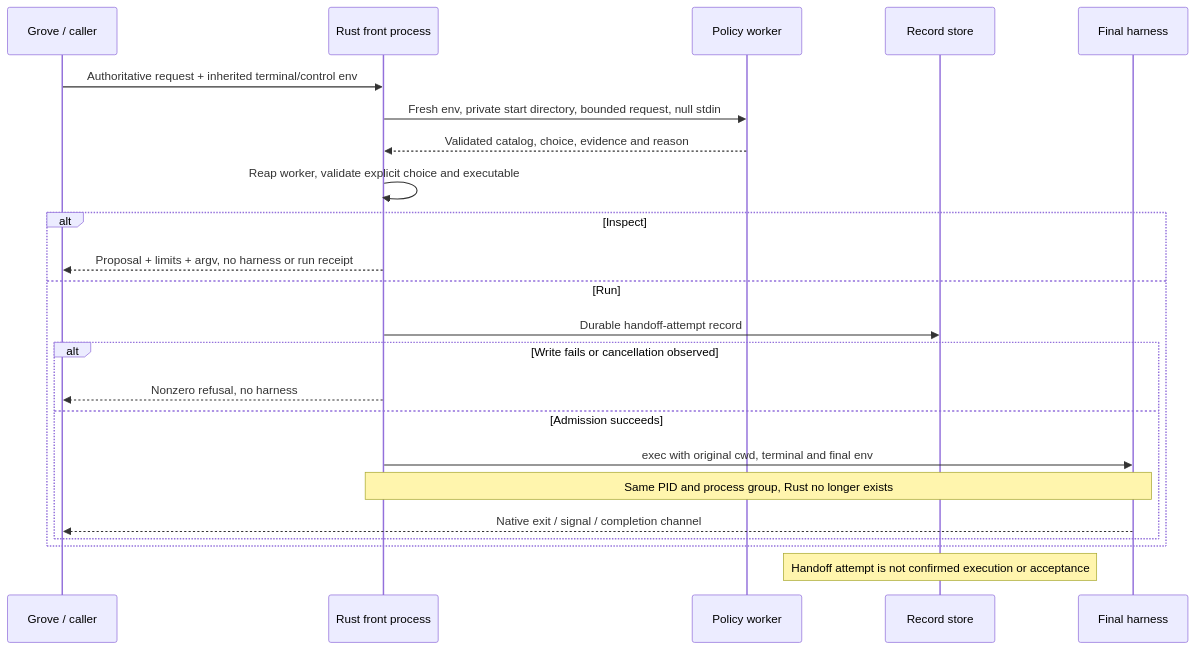
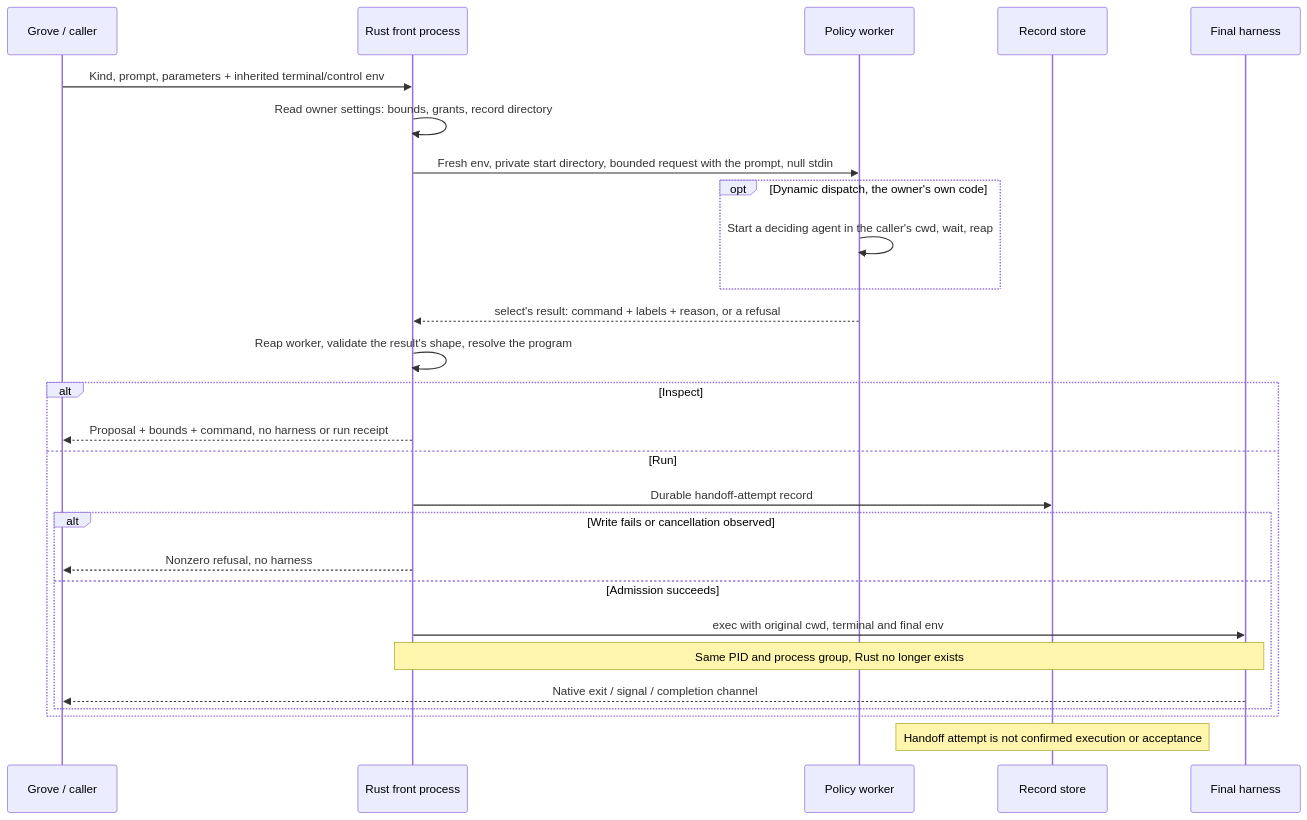
The diagram in docs/design/harness-selection-and-execution/handoff.mmd (Linkuistics/grove), drawn with Mermaid before and after one commit. The commit also changed 20 other files, not shown here.

First line of the commit message:
direct-dispatch-k3: design Grove's direct launch through harness-dispatch; cut direct-dispatch-k5 to review it

```diff
--- a/docs/design/harness-selection-and-execution/handoff.mmd
+++ b/docs/design/harness-selection-and-execution/handoff.mmd
@@ -1,23 +1,27 @@
 sequenceDiagram
   participant G as Grove / caller
   participant R as Rust front process
   participant W as Policy worker
   participant D as Record store
   participant H as Final harness
-  G->>R: Authoritative request + inherited terminal/control env
-  R->>W: Fresh env, private start directory, bounded request, null stdin
-  W-->>R: Validated catalog, choice, evidence and reason
-  R->>R: Reap worker, validate explicit choice and executable
+  G->>R: Kind, prompt, parameters + inherited terminal/control env
+  R->>R: Read owner settings: bounds, grants, record directory
+  R->>W: Fresh env, private start directory, bounded request with the prompt, null stdin
+  opt Dynamic dispatch, the owner's own code
+    W->>W: Start a deciding agent in the caller's cwd, wait, reap
+  end
+  W-->>R: select's result: command + labels + reason, or a refusal
+  R->>R: Reap worker, validate the result's shape, resolve the program
   alt Inspect
-    R-->>G: Proposal + limits + argv, no harness or run receipt
+    R-->>G: Proposal + bounds + command, no harness or run receipt
   else Run
     R->>D: Durable handoff-attempt record
     alt Write fails or cancellation observed
       R-->>G: Nonzero refusal, no harness
     else Admission succeeds
       R->>H: exec with original cwd, terminal and final env
       Note over R,H: Same PID and process group, Rust no longer exists
       H-->>G: Native exit / signal / completion channel
     end
   end
   Note over D: Handoff attempt is not confirmed execution or acceptance
```
